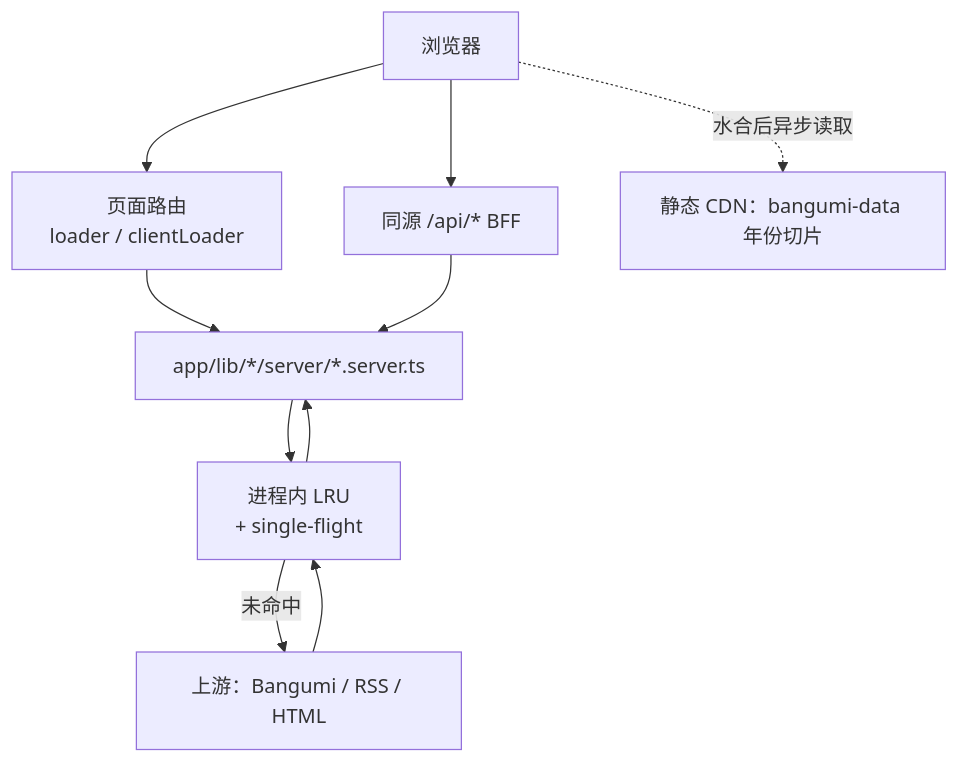
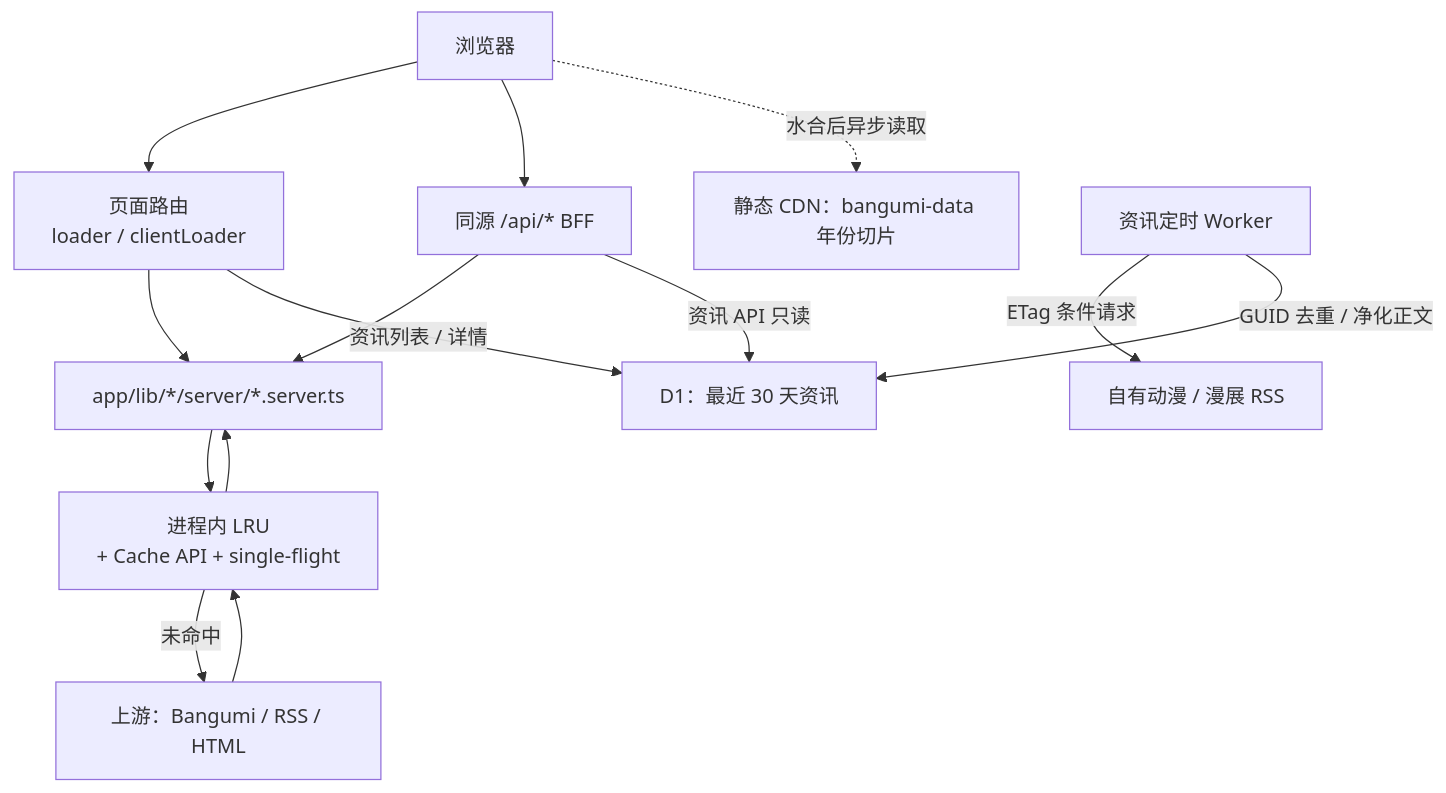
One commit to yitom486/animate-site changed the first of 8 diagrams in docs/architecture.md. Above: the diagram before and after it, drawn with Mermaid. The commit also changed other lines of this file and 2 other files, not shown here.

Commit message:
docs(news): record D1 deployment and production verification

````diff
--- a/docs/architecture.md
+++ b/docs/architecture.md
@@ -19,20 +20,27 @@
 ```mermaid
 flowchart TB
   Browser[浏览器]
   Page[页面路由<br/>loader / clientLoader]
   Api["同源 /api/* BFF"]
   Server["app/lib/*/server/*.server.ts"]
-  Cache[进程内 LRU<br/>+ single-flight]
+  Cache[进程内 LRU<br/>+ Cache API + single-flight]
   Up[上游：Bangumi / RSS / HTML]
   StaticCDN[静态 CDN：bangumi-data 年份切片]
+  NewsCron[资讯定时 Worker]
+  NewsRSS[自有动漫 / 漫展 RSS]
+  NewsDB[D1：最近 30 天资讯]
 
   Browser --> Page
   Browser --> Api
   Browser -.->|水合后异步读取| StaticCDN
   Page --> Server
   Api --> Server
   Server --> Cache
   Cache -->|未命中| Up
   Up --> Cache
   Cache --> Server
+  NewsCron -->|ETag 条件请求| NewsRSS
+  NewsCron -->|GUID 去重 / 净化正文| NewsDB
+  Page -->|资讯列表 / 详情| NewsDB
+  Api -->|资讯 API 只读| NewsDB
 ```
````
